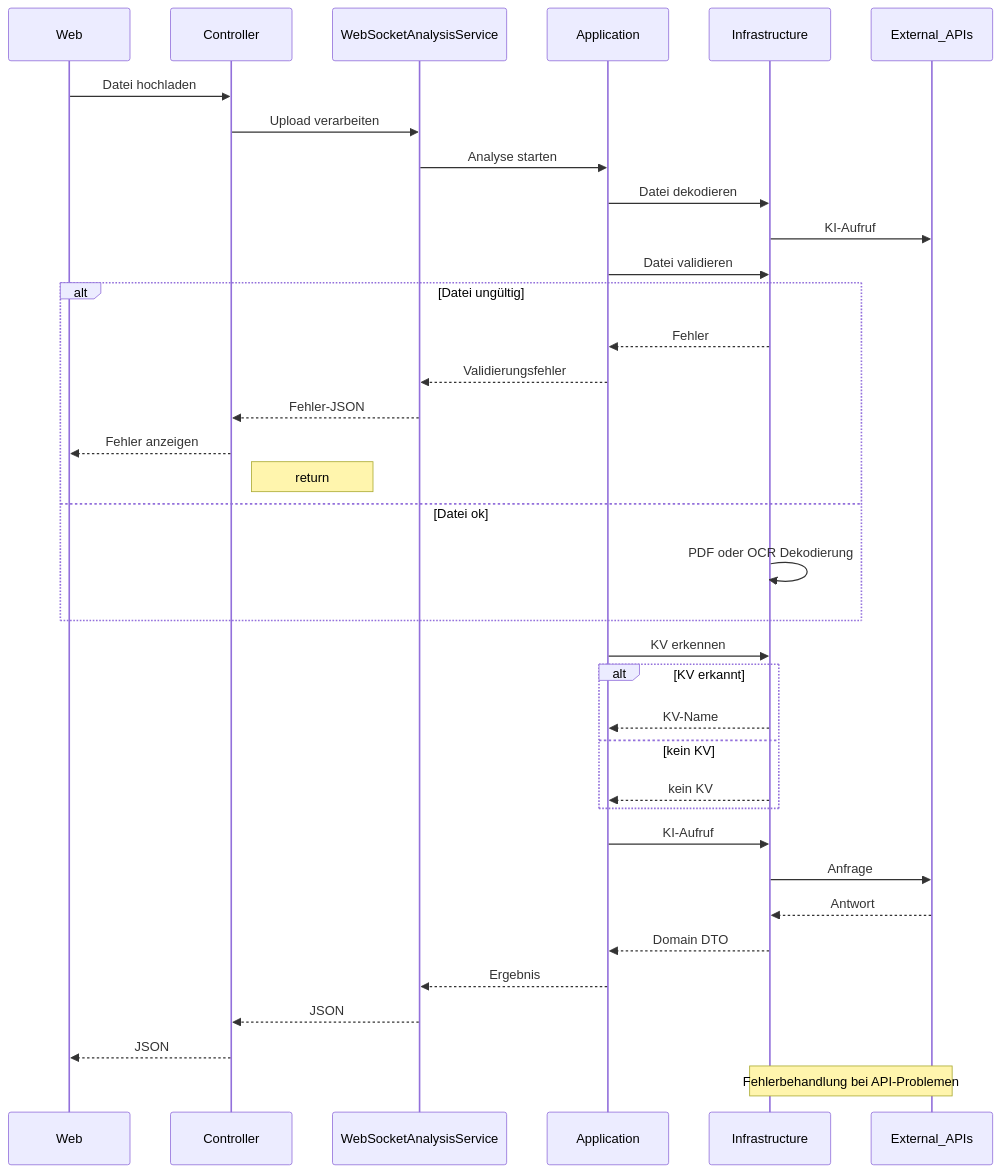
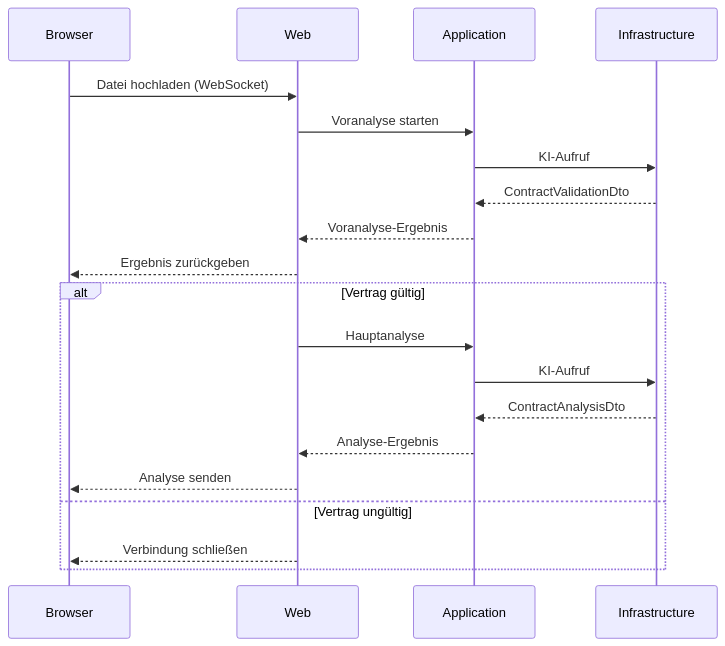
The fourth of 8 diagrams in docs/Diagrams/diagrams.md (sebastian-305/PocketLawyer), drawn with Mermaid before and after one commit. The commit also changed other lines of this file and 5 other files, not shown here.

Commit message:
update diagrams

````diff
--- a/docs/Diagrams/diagrams.md
+++ b/docs/Diagrams/diagrams.md
@@ -123,39 +332,24 @@
 ```mermaid
 sequenceDiagram
-    participant FE as Web
-    participant PC as Controller
-    participant WS as WebSocketAnalysisService
+    participant FE as Browser
+    participant WEB as Web
     participant APP as Application
     participant INF as Infrastructure
-    participant EX as External_APIs
 
-    FE->>PC: Datei hochladen
-    PC->>WS: Upload verarbeiten
-    WS->>APP: Analyse starten
-    APP->>INF: Datei dekodieren
-    INF->>EX: KI-Aufruf
-    APP->>INF: Datei validieren
-    alt Datei ungültig
-        INF-->>APP: Fehler
-        APP-->>WS: Validierungsfehler
-        WS-->>PC: Fehler-JSON
-        PC-->>FE: Fehler anzeigen
-        Note right of PC: return
-    else Datei ok
-        INF->>INF: PDF oder OCR Dekodierung
+    FE->>WEB: Datei hochladen (WebSocket)
+    WEB->>APP: Voranalyse starten
+    APP->>INF: KI-Aufruf
+    INF-->>APP: ContractValidationDto
+    APP-->>WEB: Voranalyse-Ergebnis
+    WEB-->>FE: Ergebnis zurückgeben
+
+    alt Vertrag gültig
+        WEB->>APP: Hauptanalyse
+        APP->>INF: KI-Aufruf
+        INF-->>APP: ContractAnalysisDto
+        APP-->>WEB: Analyse-Ergebnis
+        WEB-->>FE: Analyse senden
+    else Vertrag ungültig
+        WEB-->>FE: Verbindung schließen
     end
-    APP->>INF: KV erkennen
-    alt KV erkannt
-        INF-->>APP: KV-Name
-    else kein KV
-        INF-->>APP: kein KV
-    end
-    APP->>INF: KI-Aufruf
-    INF->>EX: Anfrage
-    EX-->>INF: Antwort
-    INF-->>APP: Domain DTO
-    APP-->>WS: Ergebnis
-    WS-->>PC: JSON
-    PC-->>FE: JSON
-    Note over EX,INF: Fehlerbehandlung bei API-Problemen
 ```
````
